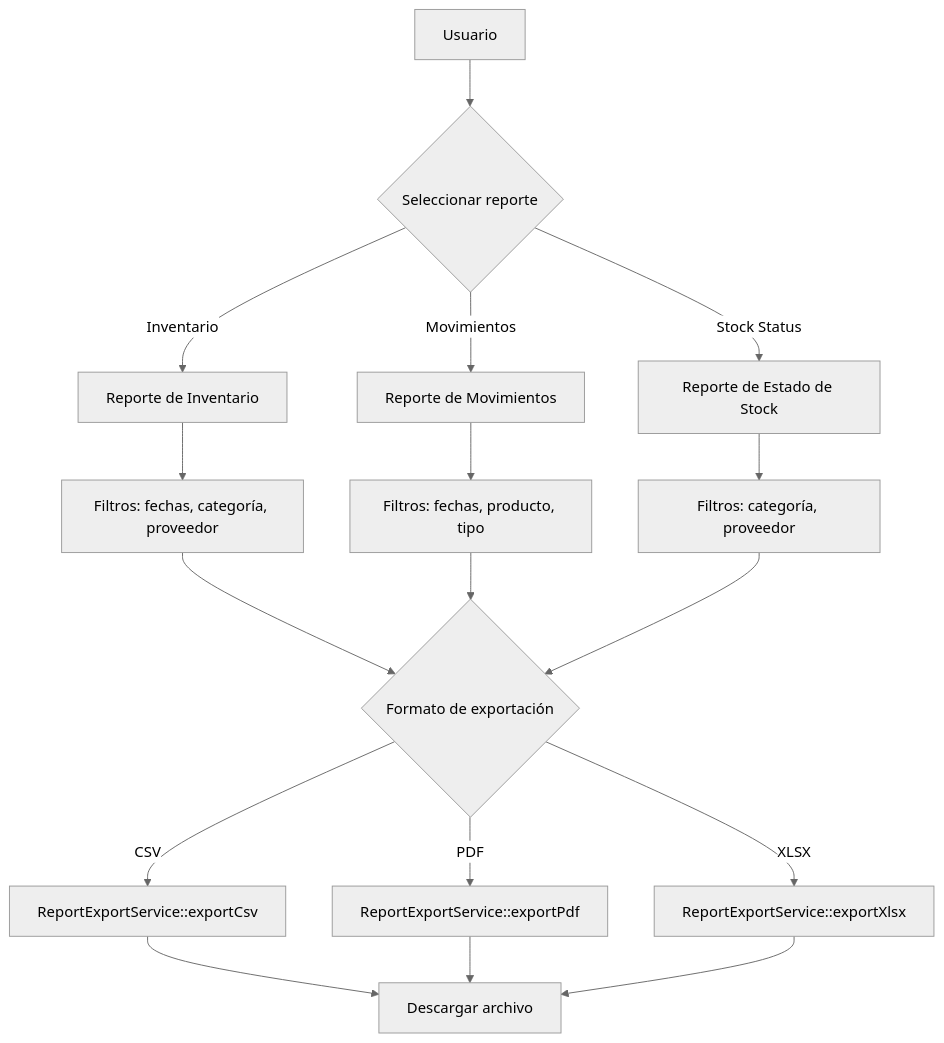
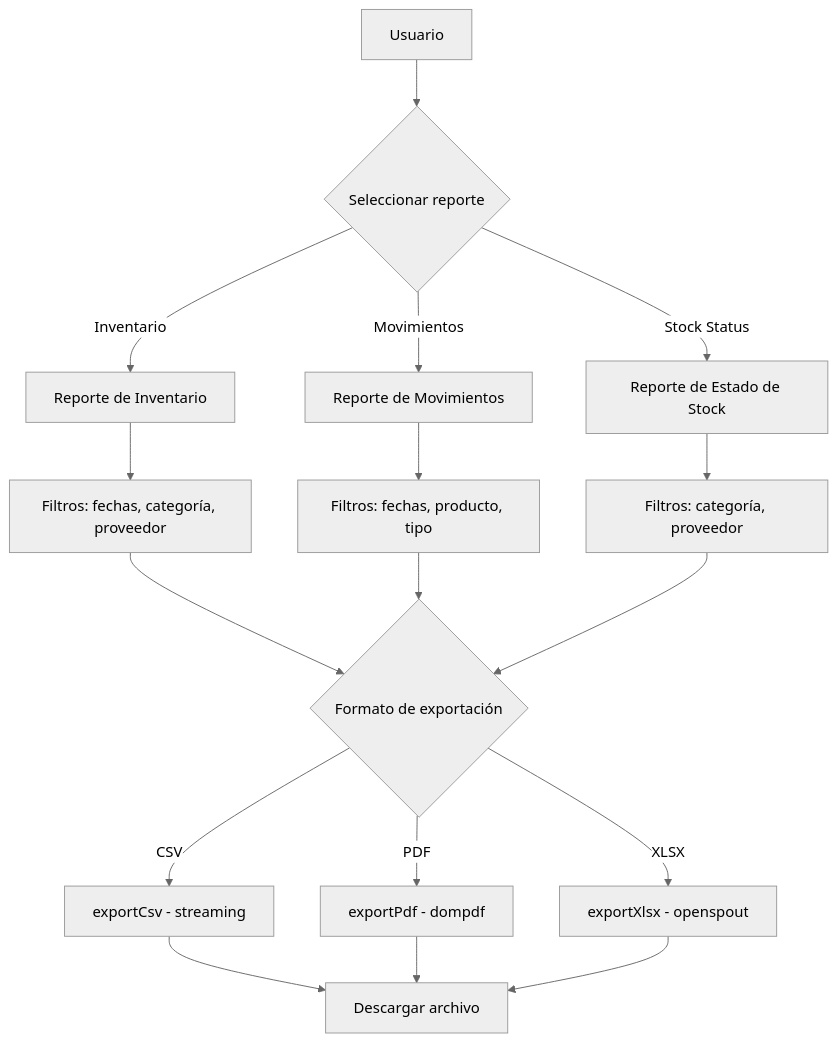
One commit to Enrrill/Inventario-Crud changed the first of 2 diagrams in docs/06-reporte-auditoria.md. Above: the diagram before and after it, drawn with Mermaid (neutral theme). The commit also changed other lines of this file and 15 other files, not shown here.

````diff
--- a/docs/06-reporte-auditoria.md
+++ b/docs/06-reporte-auditoria.md
@@ -9,23 +9,23 @@
 ```mermaid
 flowchart TD
     User[Usuario] --> SelectReport{Seleccionar reporte}
     SelectReport -->|Inventario| Inv[Reporte de Inventario]
     SelectReport -->|Movimientos| Mov[Reporte de Movimientos]
     SelectReport -->|Stock Status| Stock[Reporte de Estado de Stock]
 
     Inv --> Filters1[Filtros: fechas, categoría, proveedor]
     Mov --> Filters2[Filtros: fechas, producto, tipo]
     Stock --> Filters3[Filtros: categoría, proveedor]
 
     Filters1 --> Export{Formato de exportación}
     Filters2 --> Export
     Filters3 --> Export
 
-    Export -->|CSV| CSV[ReportExportService::exportCsv]
-    Export -->|PDF| PDF[ReportExportService::exportPdf]
-    Export -->|XLSX| XLSX[ReportExportService::exportXlsx]
+    Export -->|CSV| CSV[exportCsv - streaming]
+    Export -->|PDF| PDF[exportPdf - dompdf]
+    Export -->|XLSX| XLSX[exportXlsx - openspout]
 
     CSV --> Download[Descargar archivo]
     PDF --> Download
     XLSX --> Download
 ```
````
